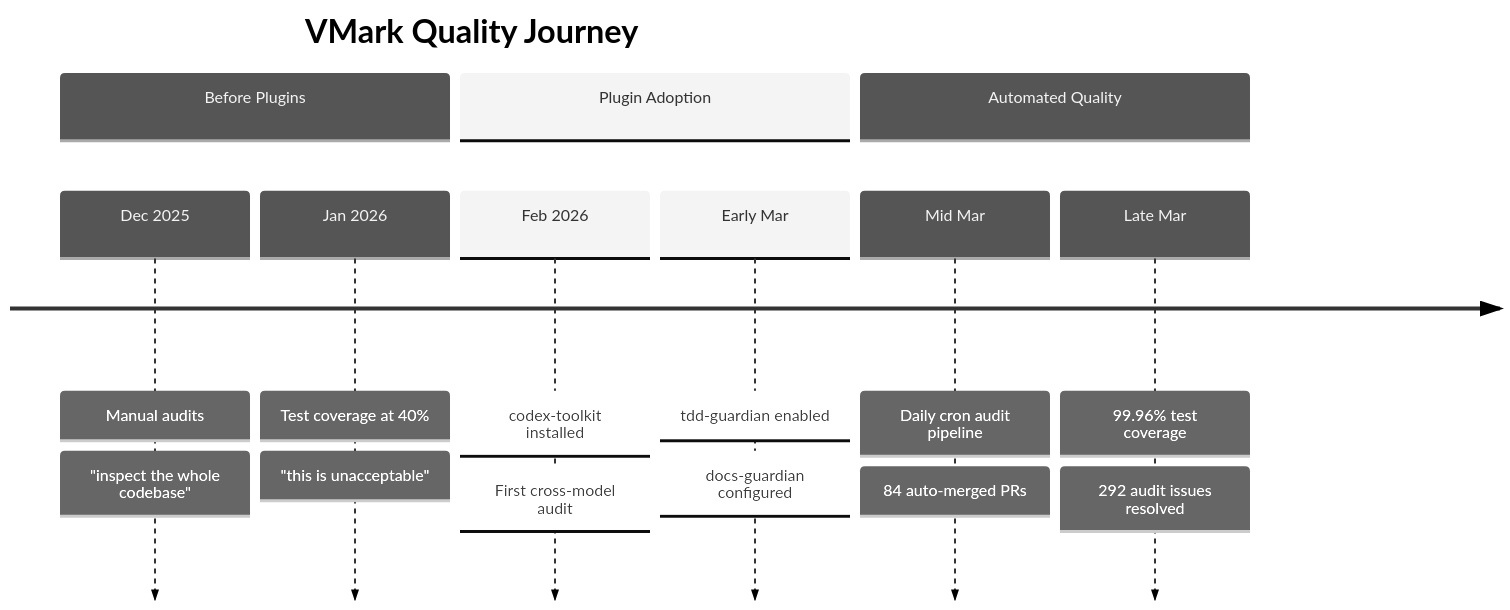
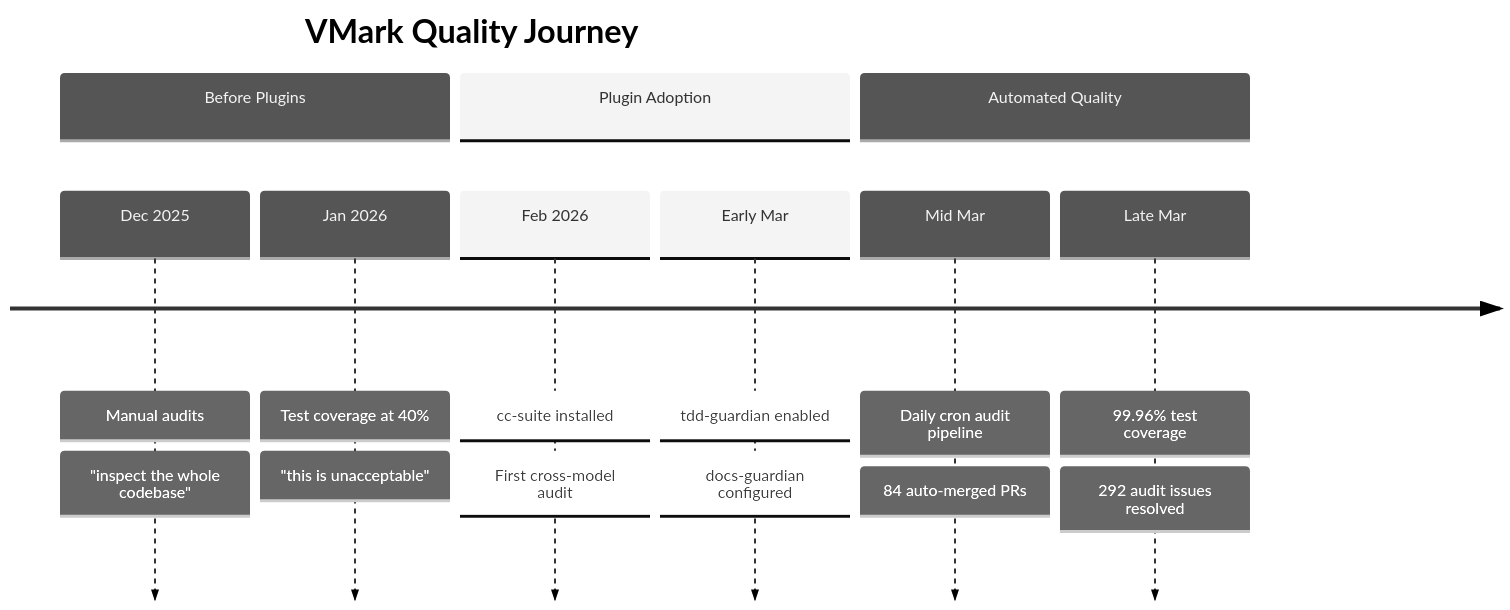
The second of 13 diagrams in website/guide/users-as-developers/plugins-as-infrastructure.md (xiaolai/vmark), drawn with Mermaid before and after one commit. The commit also changed other lines of this file and 29 other files, not shown here.

First line of the commit message:
chore: rename codex-toolkit references to cc-suite

````diff
--- a/website/guide/users-as-developers/plugins-as-infrastructure.md
+++ b/website/guide/users-as-developers/plugins-as-infrastructure.md
@@ -56,20 +56,20 @@
 ```mermaid
 %%{init: {"theme": "neutral"}}%%
 timeline
     title VMark Quality Journey
     section Before Plugins
         Dec 2025 : Manual audits
                  : "inspect the whole codebase"
         Jan 2026 : Test coverage at 40%
                  : "this is unacceptable"
     section Plugin Adoption
-        Feb 2026 : codex-toolkit installed
+        Feb 2026 : cc-suite installed
                  : First cross-model audit
         Early Mar : tdd-guardian enabled
                   : docs-guardian configured
     section Automated Quality
         Mid Mar : Daily cron audit pipeline
                : 84 auto-merged PRs
         Late Mar : 99.96% test coverage
                  : 292 audit issues resolved
 ```
````
